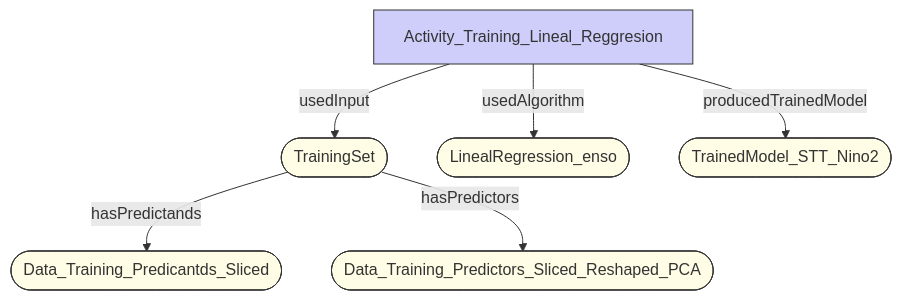
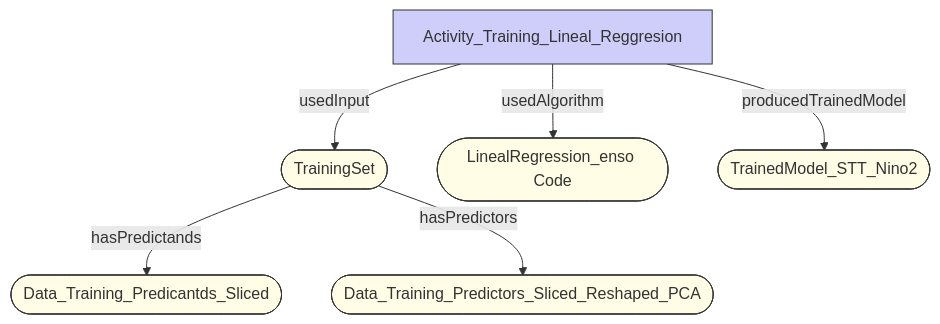
The diagram in examples/autots/figures/training/lineal-regression.mmd (KnowledgeCaptureAndDiscovery/pmlm), drawn with Mermaid before and after one commit. The commit also changed 7 other files, not shown here.

```diff
--- a/examples/autots/figures/training/lineal-regression.mmd
+++ b/examples/autots/figures/training/lineal-regression.mmd
@@ -1,26 +1,26 @@
 
 graph
 
 TrainingSet([TrainingSet])
-LinealRegression_enso([LinealRegression_enso])
+LinealRegression_enso([LinealRegression_enso Code])
 TrainedModel_STT_Nino2([TrainedModel_STT_Nino2])
 Data_Training_Predicantds_Sliced([Data_Training_Predicantds_Sliced])
 Data_Training_Predictors_Sliced_Reshaped_PCA([Data_Training_Predictors_Sliced_Reshaped_PCA])
 
 
 Activity_Training_Lineal_Reggresion -->|usedInput| TrainingSet
 Activity_Training_Lineal_Reggresion -->|usedAlgorithm| LinealRegression_enso
 Activity_Training_Lineal_Reggresion -->|producedTrainedModel| TrainedModel_STT_Nino2
 TrainingSet -->|hasPredictands| Data_Training_Predicantds_Sliced
 TrainingSet -->|hasPredictors| Data_Training_Predictors_Sliced_Reshaped_PCA
 
 
 classDef entity fill:#FFFDE5,stroke:#333,stroke-width:1px
 classDef activity fill:#CFCEFB,stroke:#333,stroke-width:1px;
 
 class Activity_Training_Lineal_Reggresion activity
 class TrainingSet entity;
 class LinealRegression_enso entity;
 class TrainedModel_STT_Nino2 entity;
 class Data_Training_Predicantds_Sliced entity;
 class Data_Training_Predictors_Sliced_Reshaped_PCA entity;
```
